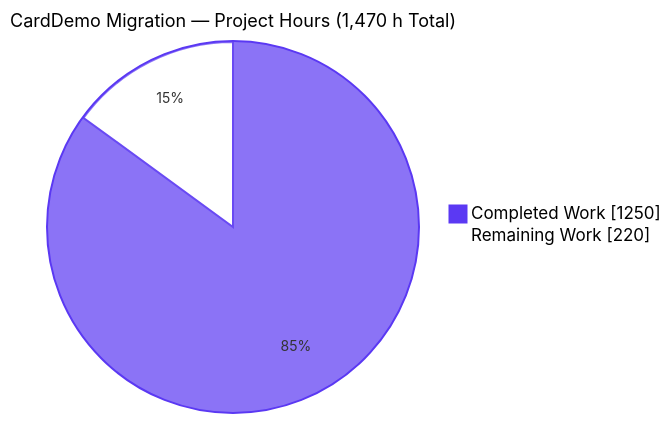
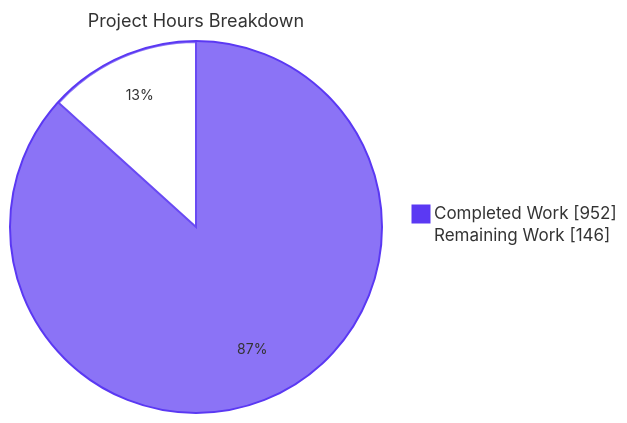
The second of 3 diagrams in blitzy/documentation/Project Guide.md (Blitzy-Sandbox/blitzy-card-demo), drawn with Mermaid before and after one commit. The commit also changed other lines of this file, not shown here.

Commit message:
Adding Blitzy Project Guide: Project Status and Human Tasks Remaining

````diff
--- a/blitzy/documentation/Project Guide.md
+++ b/blitzy/documentation/Project Guide.md
@@ -238,6 +224,6 @@
 ```mermaid
-%%{init: {"themeVariables": {"pie1": "#5B39F3", "pie2": "#FFFFFF", "pieStrokeColor": "#5B39F3", "pieOuterStrokeColor": "#5B39F3", "pieTitleTextSize": "18px", "pieSectionTextSize": "14px"}}}%%
-pie showData title CardDemo Migration — Project Hours (1,470 h Total)
-    "Completed Work" : 1250
-    "Remaining Work" : 220
+%%{init: {'theme':'base','themeVariables':{'pie1':'#5B39F3','pie2':'#FFFFFF','pieStrokeColor':'#5B39F3','pieOuterStrokeColor':'#5B39F3','pieTitleTextSize':'18px','pieSectionTextSize':'14px'}}}%%
+pie showData title Project Hours Breakdown
+    "Completed Work" : 952
+    "Remaining Work" : 146
 ```
````
